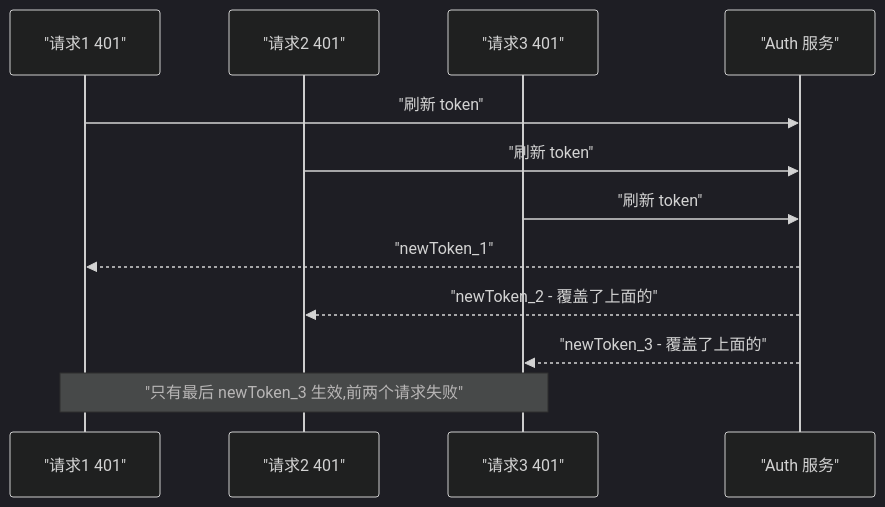
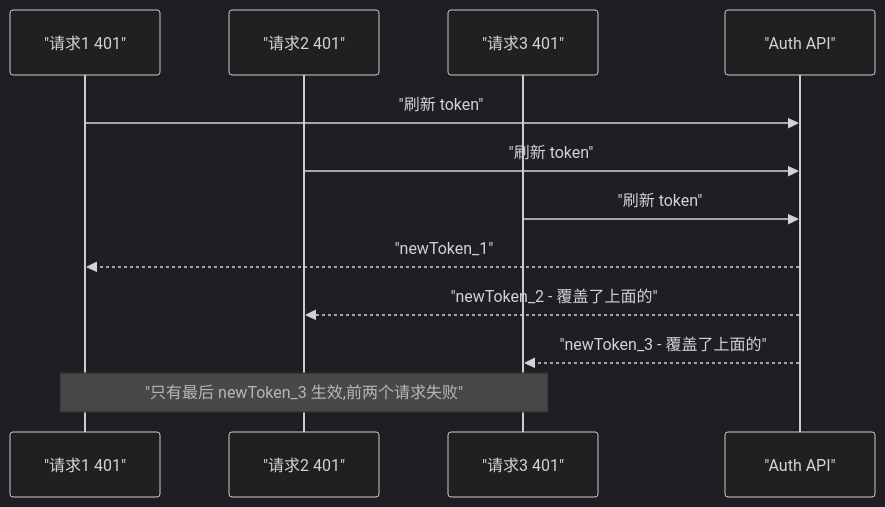
Before and after one commit to KMaybe01/common: diagram 20 of 55 in S4-面试冲刺/02-简历问题.md, drawn with Mermaid (dark theme). The commit also changed other lines of this file and 15 other files, not shown here.

````diff
--- a/S4-面试冲刺/02-简历问题.md
+++ b/S4-面试冲刺/02-简历问题.md
@@ -3349,15 +3334,15 @@
 ```mermaid
 sequenceDiagram
   participant Req1 as "请求1 401"
   participant Req2 as "请求2 401"
   participant Req3 as "请求3 401"
-  participant Auth as "Auth 服务"
+  participant Auth as "Auth API"
 
   Req1->>Auth: "刷新 token"
   Req2->>Auth: "刷新 token"
   Req3->>Auth: "刷新 token"
   Auth-->>Req1: "newToken_1"
   Auth-->>Req2: "newToken_2 - 覆盖了上面的"
   Auth-->>Req3: "newToken_3 - 覆盖了上面的"
   Note over Req1,Req3: "只有最后 newToken_3 生效,前两个请求失败"
 ```
````
